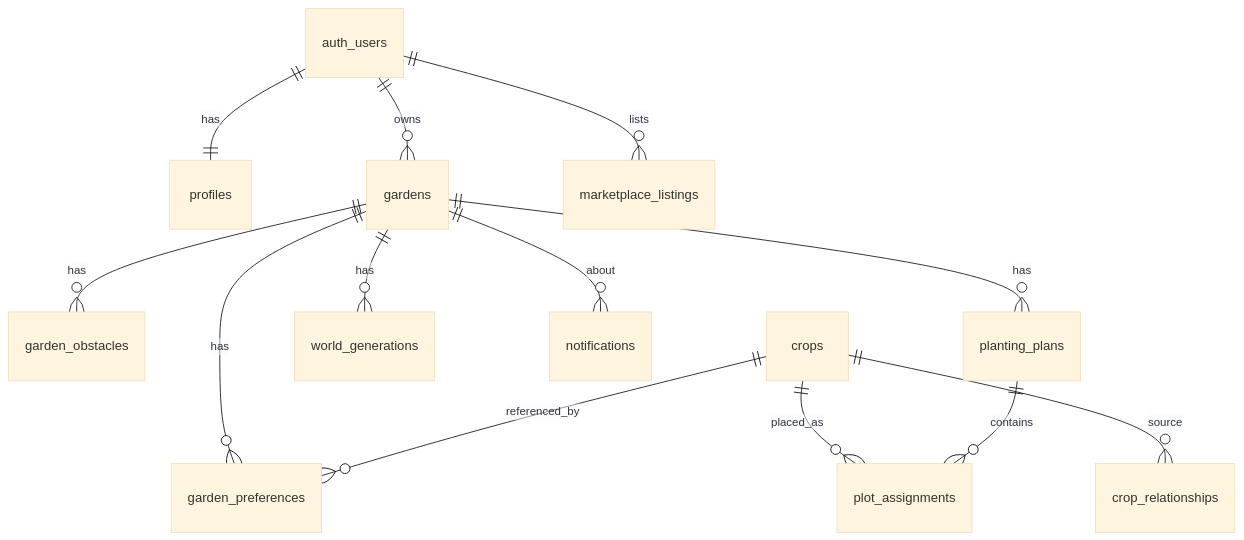
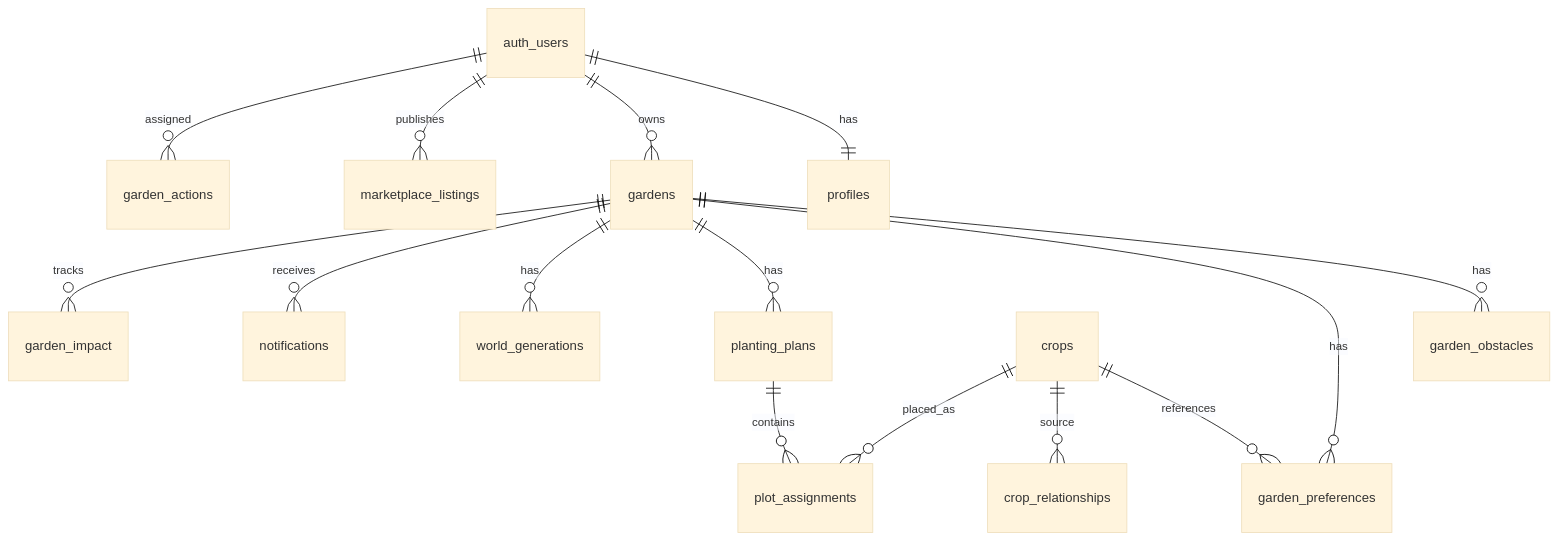
The second of 2 diagrams in IMPLEMENTATION.md (zhao0524/Sprout), drawn with Mermaid (base theme) before and after one commit. The commit also changed other lines of this file and 5 other files, not shown here.

````diff
--- a/IMPLEMENTATION.md
+++ b/IMPLEMENTATION.md
@@ -252,15 +164,17 @@
 ```mermaid
 erDiagram
     auth_users ||--|| profiles : has
     auth_users ||--o{ gardens : owns
     gardens ||--o{ garden_obstacles : has
     gardens ||--o{ garden_preferences : has
     gardens ||--o{ planting_plans : has
     gardens ||--o{ world_generations : has
-    gardens ||--o{ notifications : about
-    crops ||--o{ garden_preferences : referenced_by
+    gardens ||--o{ notifications : receives
+    crops ||--o{ garden_preferences : references
     crops ||--o{ crop_relationships : source
     crops ||--o{ plot_assignments : placed_as
     planting_plans ||--o{ plot_assignments : contains
-    auth_users ||--o{ marketplace_listings : lists
+    auth_users ||--o{ marketplace_listings : publishes
+    auth_users ||--o{ garden_actions : assigned
+    gardens ||--o{ garden_impact : tracks
 ```
````
